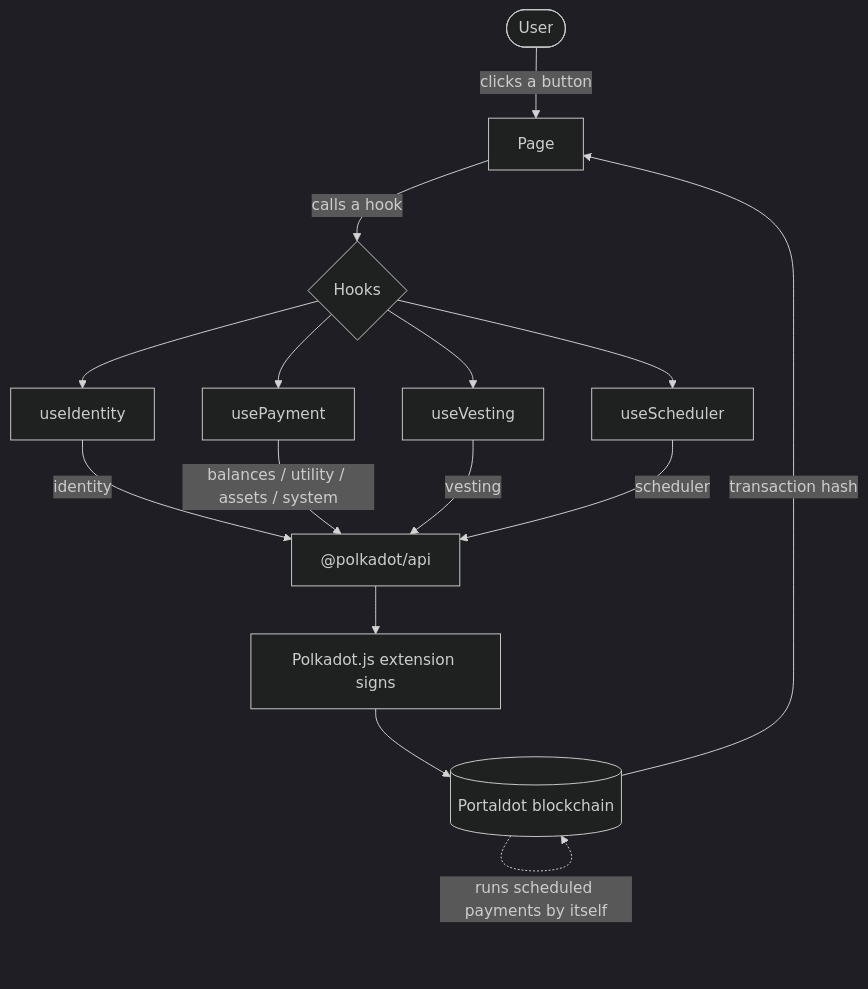
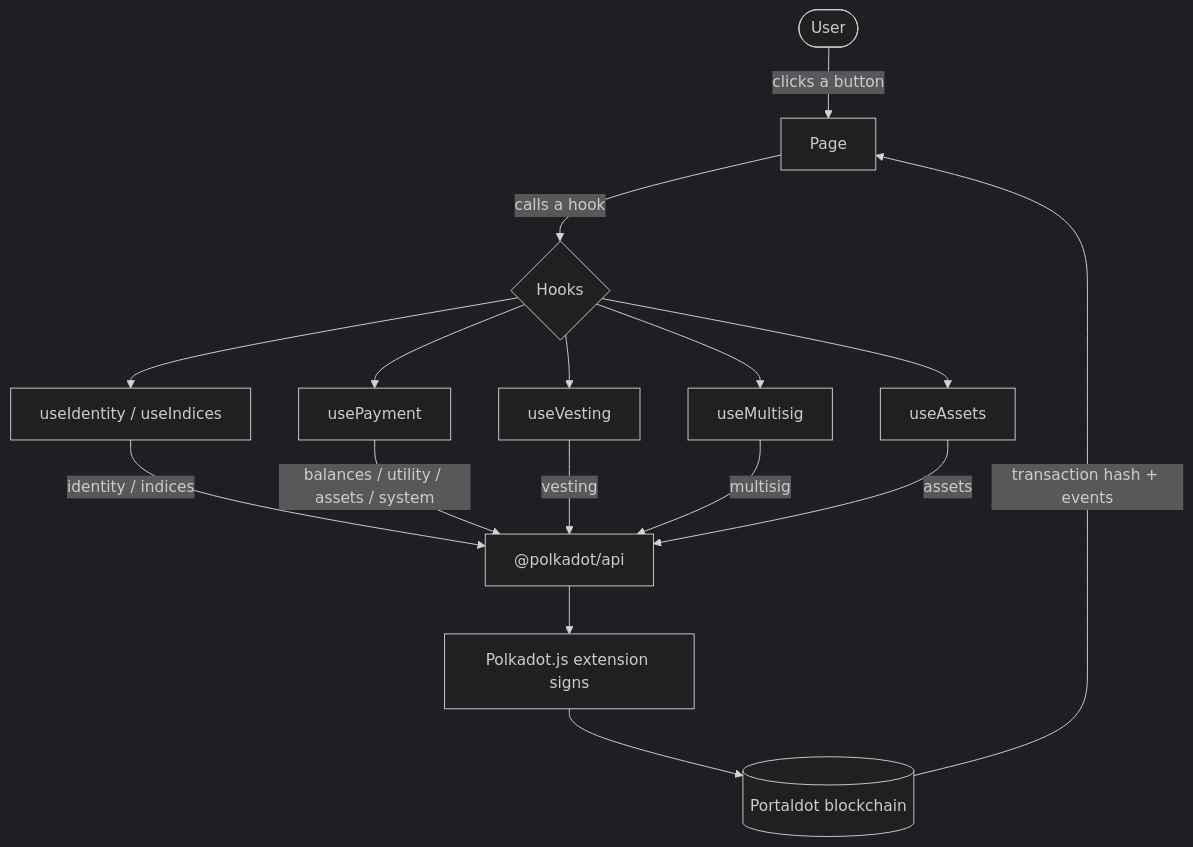
The diagram in architecture.mmd (FlemingJohn/portalpay), drawn with Mermaid (dark theme) before and after one commit. The commit also changed 1 other file, not shown here.

Commit message:
docs: rewrite README and architecture for the native feature set
Lead with the #handle value prop; document Claim/Pay/Locked/Shared/Token/Profile with per-feature examples and pallet references; add an EVM-contract-vs-native cost & risk comparison; update the architecture diagram (indices/multisig/assets hooks, drop scheduler). Removes claims about usernames and scheduler-based features.

```diff
--- a/architecture.mmd
+++ b/architecture.mmd
@@ -1,18 +1,19 @@
 flowchart TD
     U([User]) -->|clicks a button| P[Page]
     P -->|calls a hook| H{Hooks}
 
-    H --> HI[useIdentity]
+    H --> HI[useIdentity / useIndices]
     H --> HP[usePayment]
     H --> HV[useVesting]
-    H --> HS[useScheduler]
+    H --> HM[useMultisig]
+    H --> HA[useAssets]
 
-    HI -->|identity| API["@polkadot/api"]
+    HI -->|identity / indices| API["@polkadot/api"]
     HP -->|balances / utility / assets / system| API
     HV -->|vesting| API
-    HS -->|scheduler| API
+    HM -->|multisig| API
+    HA -->|assets| API
 
     API --> W[Polkadot.js extension signs]
     W --> C[(Portaldot blockchain)]
-    C -. runs scheduled payments by itself .-> C
-    C -->|transaction hash| P
+    C -->|transaction hash + events| P
```
